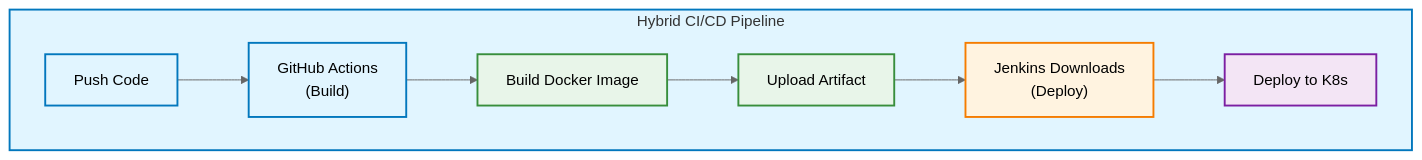
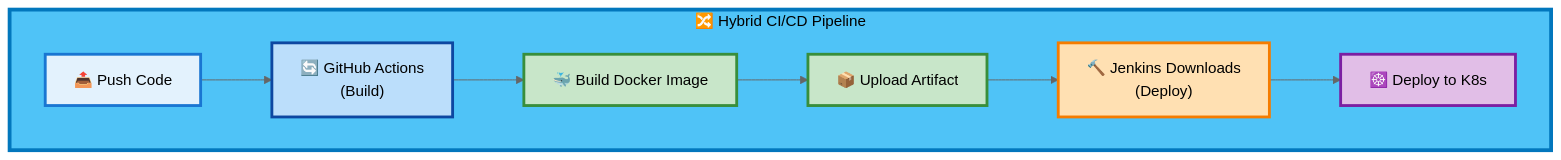
One commit to 2024aa05820/heart-disease-mlops changed the sixth of 9 diagrams in README.md. Above: the diagram before and after it, drawn with Mermaid (neutral theme). The commit also changed other lines of this file, not shown here.

First line of the commit message:
Enhance Mermaid diagrams with vibrant colors and better visibility

````diff
--- a/README.md
+++ b/README.md
@@ -394,18 +416,18 @@
 ```mermaid
 graph TB
-    subgraph HYBRID["Hybrid CI/CD Pipeline"]
-        A["Push Code"] --> B["GitHub Actions<br/>(Build)"]
-        B --> C["Build Docker Image"]
-        C --> D["Upload Artifact"]
-        D --> E["Jenkins Downloads<br/>(Deploy)"]
-        E --> F["Deploy to K8s"]
+    subgraph HYBRID["🔀 Hybrid CI/CD Pipeline"]
+        A["📤 Push Code"] --> B["🔄 GitHub Actions<br/>(Build)"]
+        B --> C["🐳 Build Docker Image"]
+        C --> D["📦 Upload Artifact"]
+        D --> E["🔨 Jenkins Downloads<br/>(Deploy)"]
+        E --> F["☸️ Deploy to K8s"]
     end
     
-    style HYBRID fill:#e1f5ff,stroke:#0277bd,stroke-width:2px
-    style A fill:#e1f5ff,stroke:#0277bd,stroke-width:2px
-    style B fill:#e1f5ff,stroke:#0277bd,stroke-width:2px
-    style C fill:#e8f5e9,stroke:#388e3c,stroke-width:2px
-    style D fill:#e8f5e9,stroke:#388e3c,stroke-width:2px
-    style E fill:#fff3e0,stroke:#f57c00,stroke-width:2px
-    style F fill:#f3e5f5,stroke:#7b1fa2,stroke-width:2px
+    style HYBRID fill:#4FC3F7,stroke:#0277BD,stroke-width:4px,color:#000
+    style A fill:#E3F2FD,stroke:#1976D2,stroke-width:3px
+    style B fill:#BBDEFB,stroke:#0D47A1,stroke-width:3px
+    style C fill:#C8E6C9,stroke:#388E3C,stroke-width:3px
+    style D fill:#C8E6C9,stroke:#388E3C,stroke-width:3px
+    style E fill:#FFE0B2,stroke:#F57C00,stroke-width:3px
+    style F fill:#E1BEE7,stroke:#7B1FA2,stroke-width:3px
 ```
````
